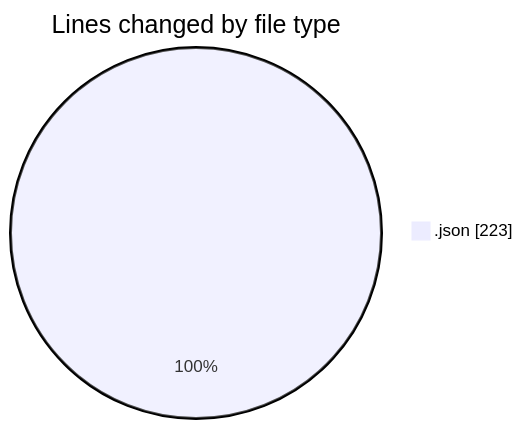
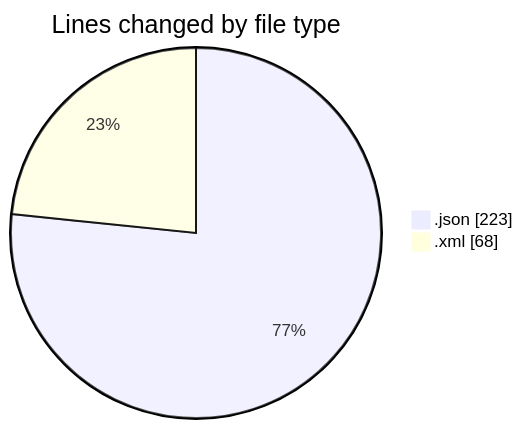
Before and after one commit to idhammustaqopulfikri/code-tracking: the first of 2 diagrams in 2025-03-15/sms/README.md, drawn with Mermaid. The commit also changed other lines of this file and 1 other file, not shown here.

````diff
--- a/2025-03-15/sms/README.md
+++ b/2025-03-15/sms/README.md
@@ -21,5 +22,6 @@
 ```mermaid
 pie showData
 title Lines changed by file type
 ".json" : 223
+".xml" : 68
 ```
````
